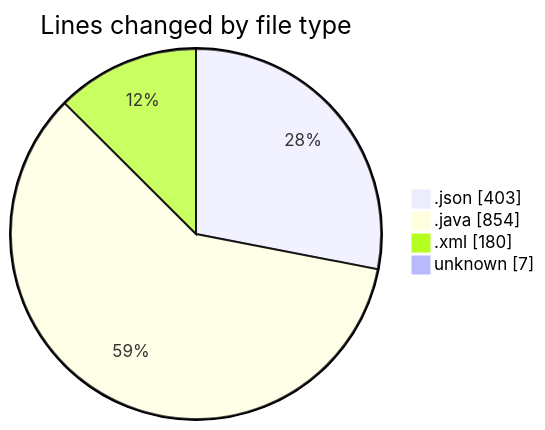
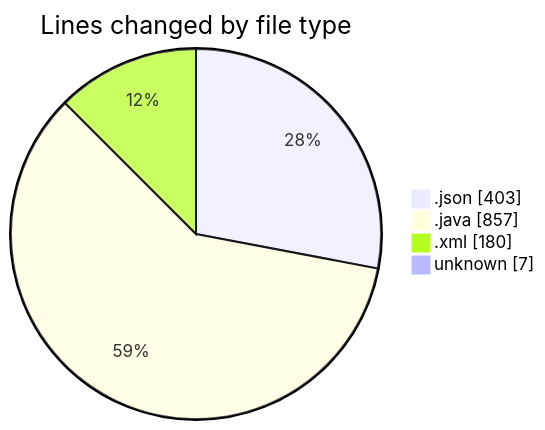
The first of 2 diagrams in 2025-02-23/codepack/README.md (charlie-sans/code-tracking), drawn with Mermaid before and after one commit. The commit also changed other lines of this file and 1 other file, not shown here.

````diff
--- a/2025-02-23/codepack/README.md
+++ b/2025-02-23/codepack/README.md
@@ -27,8 +27,8 @@
 ```mermaid
 pie showData
 title Lines changed by file type
 ".json" : 403
-".java" : 854
+".java" : 857
 ".xml" : 180
 "unknown" : 7
 ```
````
